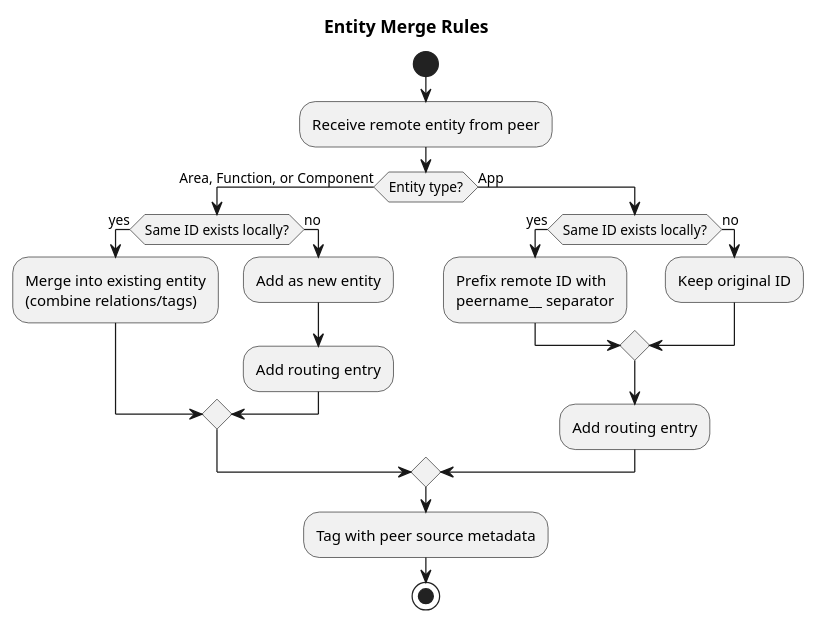
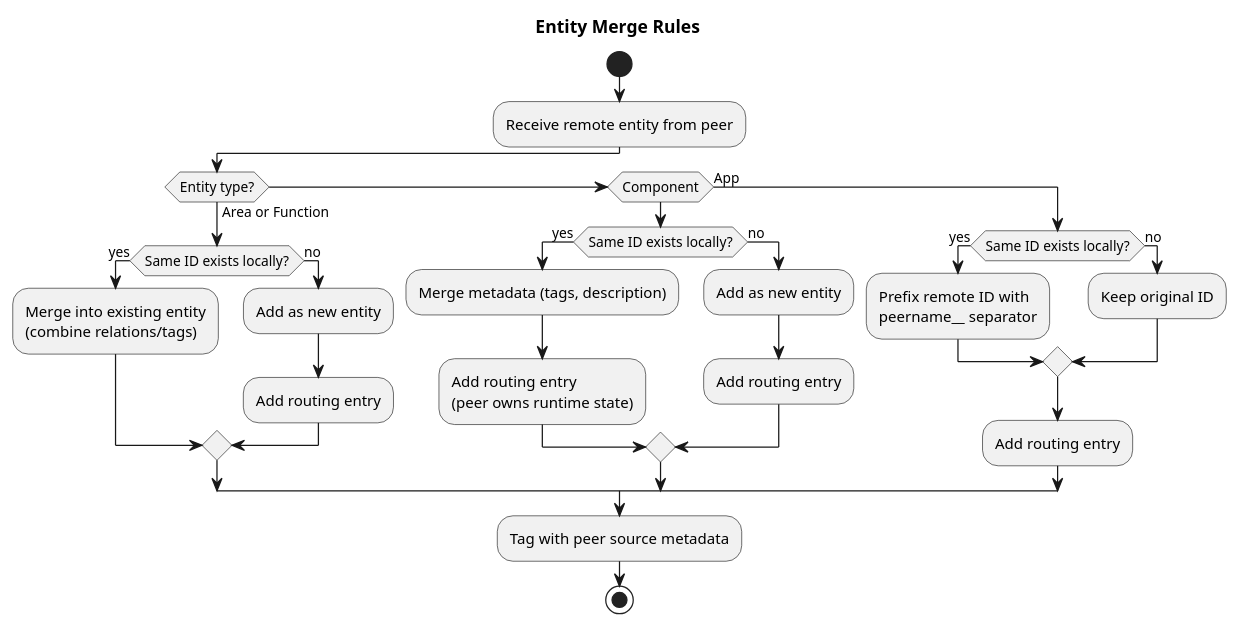
Before and after one commit to selfpatch/ros2_medkit: the third of 4 diagrams in src/ros2_medkit_gateway/design/aggregation.rst, drawn with PlantUML. The commit also changed other lines of this file, not shown here.

```diff
--- a/src/ros2_medkit_gateway/design/aggregation.rst
+++ b/src/ros2_medkit_gateway/design/aggregation.rst
@@ -184,28 +184,36 @@
 .. plantuml::
    :caption: Entity Merge Logic by Type
 
    @startuml entity_merge
 
    title Entity Merge Rules
 
    start
    :Receive remote entity from peer;
-   if (Entity type?) then (Area, Function, or Component)
+   if (Entity type?) then (Area or Function)
        if (Same ID exists locally?) then (yes)
            :Merge into existing entity\n(combine relations/tags);
+       else (no)
+           :Add as new entity;
+           :Add routing entry;
+       endif
+   elseif (Component) then
+       if (Same ID exists locally?) then (yes)
+           :Merge metadata (tags, description);
+           :Add routing entry\n(peer owns runtime state);
        else (no)
            :Add as new entity;
            :Add routing entry;
        endif
    else (App)
        if (Same ID exists locally?) then (yes)
            :Prefix remote ID with\npeername__ separator;
        else (no)
            :Keep original ID;
        endif
        :Add routing entry;
    endif
    :Tag with peer source metadata;
    stop
 
    @enduml
```
